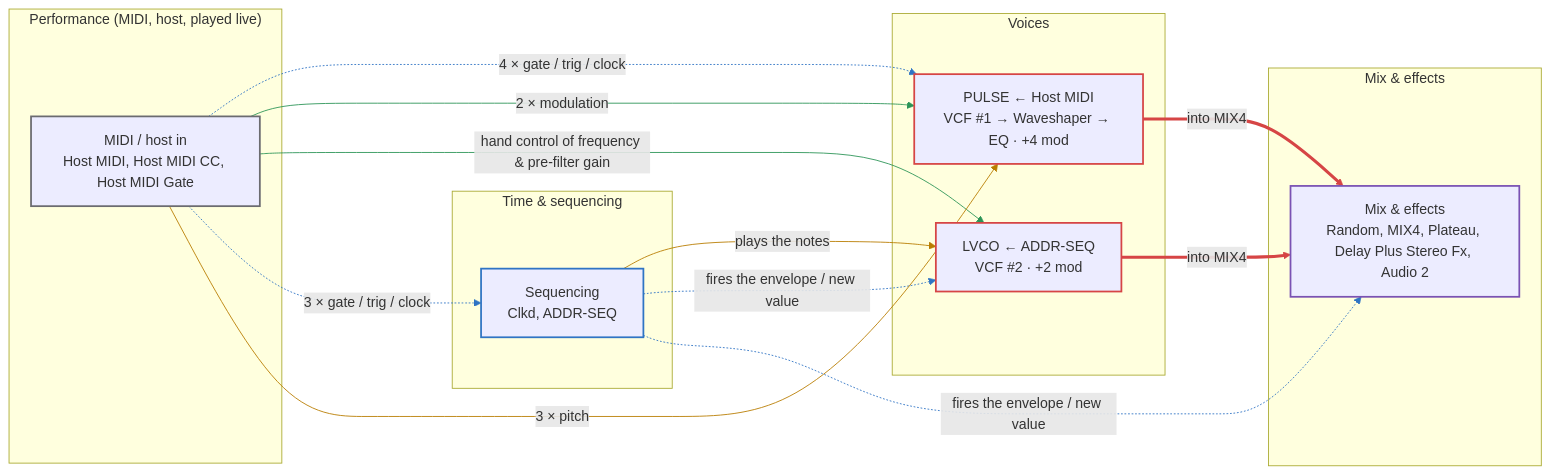
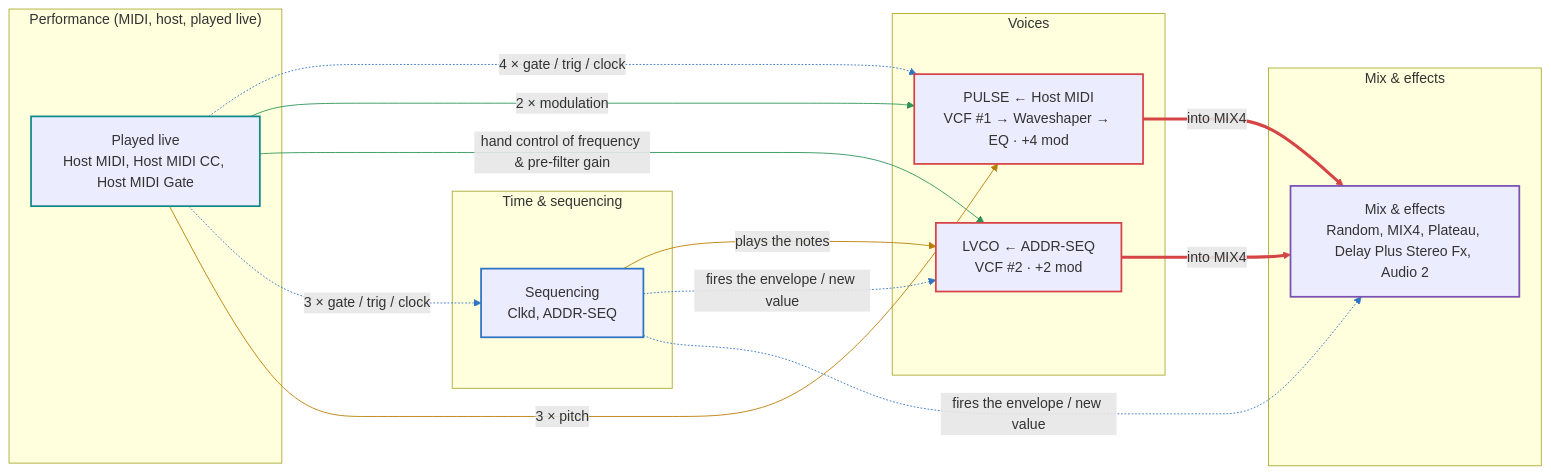
One commit to neilbgr/VcvPatchDiagram changed the diagram in README.md. Above: the diagram before and after it, drawn with Mermaid. The commit also changed other lines of this file and 29 other files, not shown here.

````diff
--- a/README.md
+++ b/README.md
@@ -26,40 +26,46 @@
 ```mermaid
 flowchart LR
   subgraph b0["Performance (MIDI, host, played live)"]
-    n_g_external["MIDI / host in<br/>Host MIDI, Host MIDI CC, Host MIDI Gate"]:::io
+    n_g_external["Played live<br/>Host MIDI, Host MIDI CC, Host MIDI Gate"]:::performance
   end
   subgraph b1["Time & sequencing"]
     n_g_time["Sequencing<br/>Clkd, ADDR-SEQ"]:::time
   end
   subgraph b2["Voices"]
     n_g_voice_1["LVCO ← ADDR-SEQ<br/>VCF #2 · +2 mod"]:::source
     n_g_voice_2["PULSE ← Host MIDI<br/>VCF #1 → Waveshaper → EQ · +4 mod"]:::source
   end
   subgraph b3["Mix & effects"]
     n_g_bus["Mix & effects<br/>Random, MIX4, Plateau, Delay Plus Stereo Fx, Audio 2"]:::mixer
   end
   n_g_voice_1 ==>|"into MIX4"| n_g_bus
   n_g_external -.->|"4 × gate / trig / clock"| n_g_voice_2
   n_g_external -->|"2 × modulation"| n_g_voice_2
   n_g_time -->|"plays the notes"| n_g_voice_1
   n_g_time -.->|"fires the envelope / new value"| n_g_voice_1
   n_g_external -->|"hand control of frequency & pre-filter gain"| n_g_voice_1
   n_g_time -.->|"fires the envelope / new value"| n_g_bus
   n_g_external -.->|"3 × gate / trig / clock"| n_g_time
   n_g_external -->|"3 × pitch"| n_g_voice_2
   n_g_voice_2 ==>|"into MIX4"| n_g_bus
   linkStyle 0 stroke:#d64545
   linkStyle 1 stroke:#2f74c4
   linkStyle 2 stroke:#2c9457
   linkStyle 3 stroke:#b97d00
   linkStyle 4 stroke:#2f74c4
   linkStyle 5 stroke:#2c9457
   linkStyle 6 stroke:#2f74c4
   linkStyle 7 stroke:#2f74c4
   linkStyle 8 stroke:#b97d00
   linkStyle 9 stroke:#d64545
   classDef time stroke:#2f74c4,stroke-width:2px
+  classDef pitch stroke:#b97d00,stroke-width:2px
+  classDef controller stroke:#2c9457,stroke-width:2px
   classDef source stroke:#d64545,stroke-width:2px
+  classDef modifier stroke:#c2611f,stroke-width:2px
   classDef mixer stroke:#7a52b3,stroke-width:2px
+  classDef effect stroke:#b0479a,stroke-width:2px
   classDef io stroke:#6b6b70,stroke-width:2px
+  classDef performance stroke:#138a8a,stroke-width:2px
+  classDef monitor stroke:#9a958a,stroke-width:1px,stroke-dasharray:2 3
 ```
````
